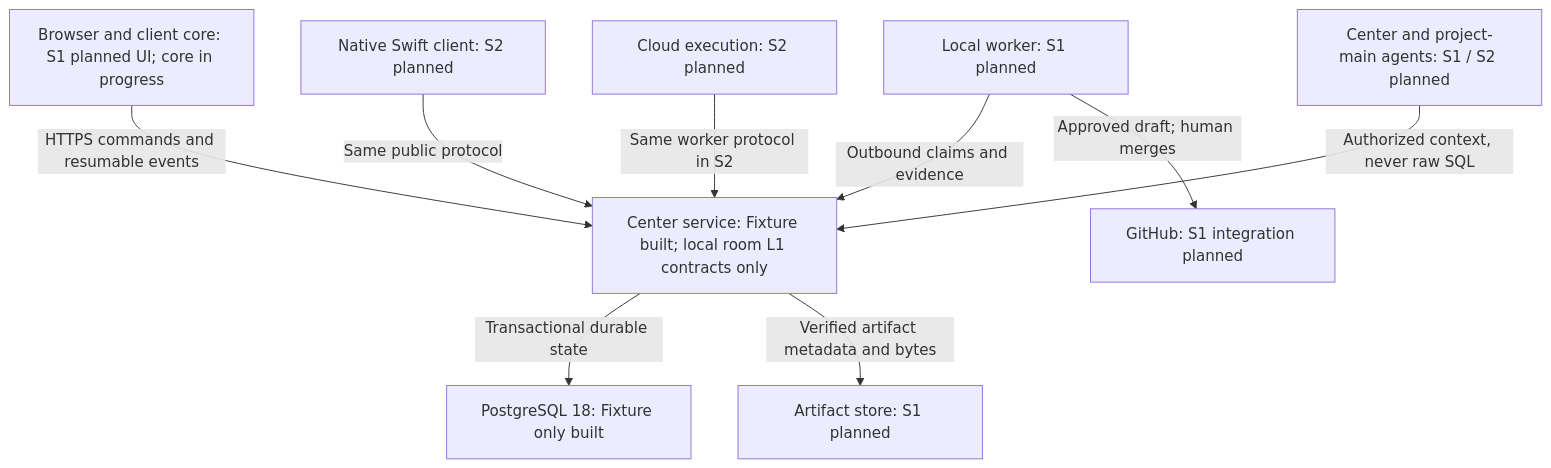
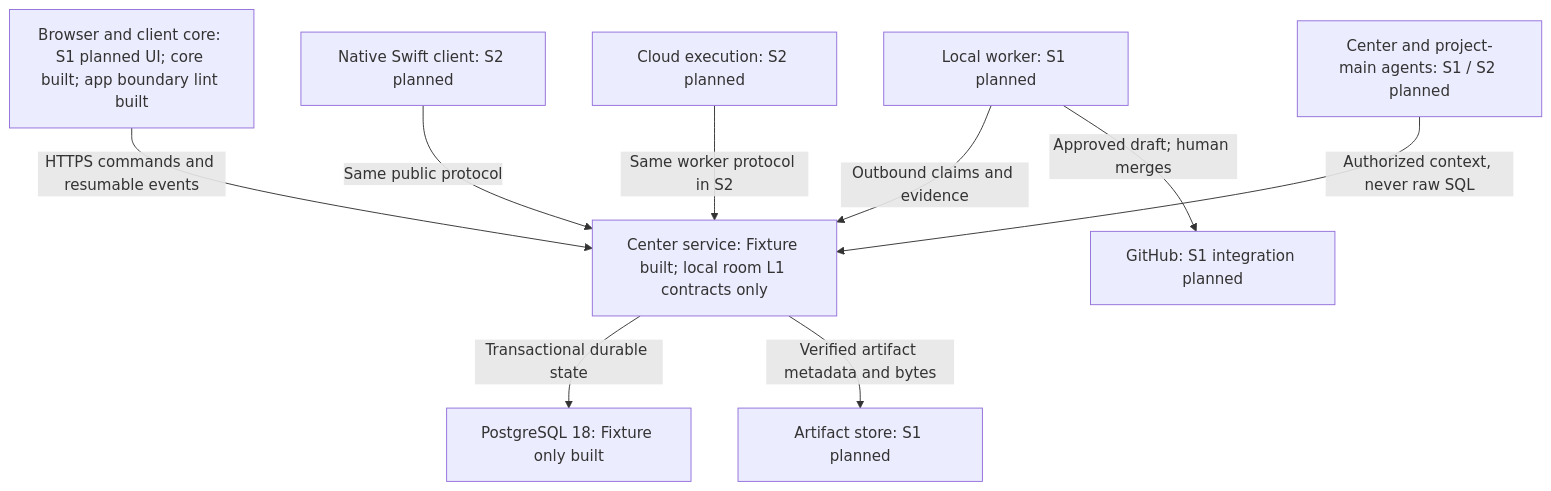
One commit to tayler-id/agent-team-workspace changed the first of 2 diagrams in docs/site/progress.md. Above: the diagram before and after it, drawn with Mermaid. The commit also changed other lines of this file and 3 other files, not shown here.

First line of the commit message:
docs: refresh architecture boundary receipts after rebase onto P0c main

````diff
--- a/docs/site/progress.md
+++ b/docs/site/progress.md
@@ -19,20 +19,20 @@
 ```mermaid
 flowchart TD
-  browser["Browser and client core: S1 planned UI; core in progress"]
+  browser["Browser and client core: S1 planned UI; core built; app boundary lint built"]
   center["Center service: Fixture built; local room L1 contracts only"]
   postgres["PostgreSQL 18: Fixture only built"]
   artifacts["Artifact store: S1 planned"]
   local["Local worker: S1 planned"]
   cloud["Cloud execution: S2 planned"]
   github["GitHub: S1 integration planned"]
   agents["Center and project-main agents: S1 / S2 planned"]
   native["Native Swift client: S2 planned"]
   browser -->|HTTPS commands and resumable events| center
   native -->|Same public protocol| center
   center -->|Transactional durable state| postgres
   center -->|Verified artifact metadata and bytes| artifacts
   local -->|Outbound claims and evidence| center
   cloud -->|Same worker protocol in S2| center
   local -->|Approved draft; human merges| github
   agents -->|Authorized context, never raw SQL| center
 ```
````
